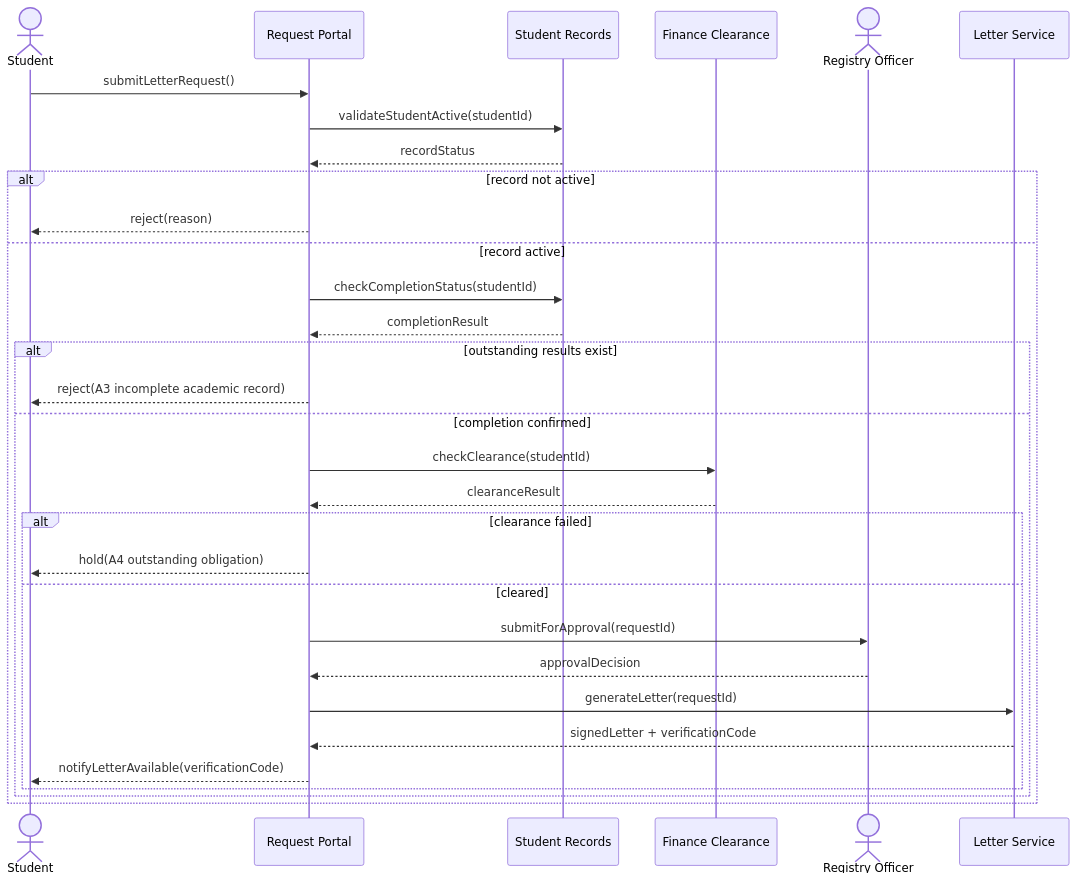
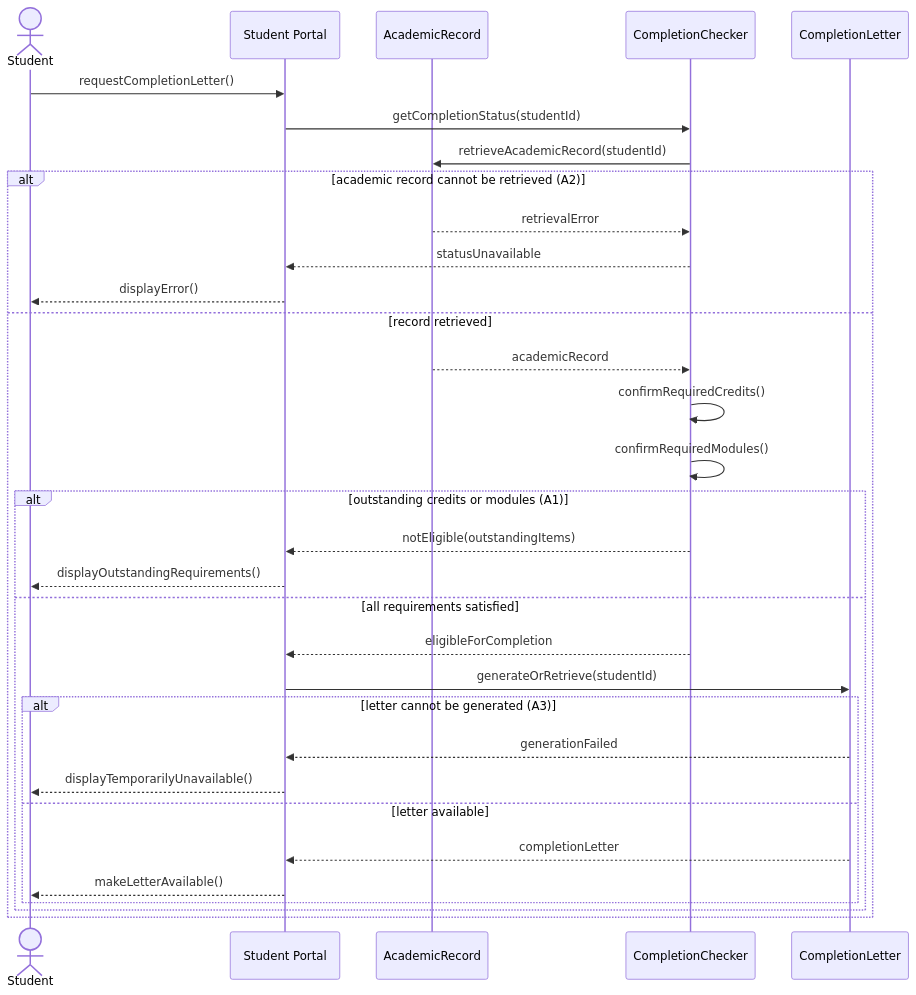
One commit to pako-18/csi473-univeristy-service-hub changed the diagram in models/sequence-core-use-case.mmd. Above: the diagram before and after it, drawn with Mermaid. The commit also changed 1 other file, not shown here.

Commit message:
Retarget sequence diagram to UC 4 Access Completion Letter; remove duplicate root use-cases.md conflicting with docs/use cases/

```diff
--- a/models/sequence-core-use-case.mmd
+++ b/models/sequence-core-use-case.mmd
@@ -1,35 +1,36 @@
 sequenceDiagram
     actor Student
-    participant Portal as Request Portal
-    participant Records as Student Records
-    participant Finance as Finance Clearance
-    actor Registry as Registry Officer
-    participant Letters as Letter Service
+    participant UI as Student Portal
+    participant Record as AcademicRecord
+    participant Checker as CompletionChecker
+    participant Letter as CompletionLetter
 
-    Student->>Portal: submitLetterRequest()
-    Portal->>Records: validateStudentActive(studentId)
-    Records-->>Portal: recordStatus
+    Student->>UI: requestCompletionLetter()
+    UI->>Checker: getCompletionStatus(studentId)
+    Checker->>Record: retrieveAcademicRecord(studentId)
 
-    alt record not active
-        Portal-->>Student: reject(reason)
-    else record active
-        Portal->>Records: checkCompletionStatus(studentId)
-        Records-->>Portal: completionResult
+    alt academic record cannot be retrieved (A2)
+        Record-->>Checker: retrievalError
+        Checker-->>UI: statusUnavailable
+        UI-->>Student: displayError()
+    else record retrieved
+        Record-->>Checker: academicRecord
+        Checker->>Checker: confirmRequiredCredits()
+        Checker->>Checker: confirmRequiredModules()
 
-        alt outstanding results exist
-            Portal-->>Student: reject(A3 incomplete academic record)
-        else completion confirmed
-            Portal->>Finance: checkClearance(studentId)
-            Finance-->>Portal: clearanceResult
+        alt outstanding credits or modules (A1)
+            Checker-->>UI: notEligible(outstandingItems)
+            UI-->>Student: displayOutstandingRequirements()
+        else all requirements satisfied
+            Checker-->>UI: eligibleForCompletion
+            UI->>Letter: generateOrRetrieve(studentId)
 
-            alt clearance failed
-                Portal-->>Student: hold(A4 outstanding obligation)
-            else cleared
-                Portal->>Registry: submitForApproval(requestId)
-                Registry-->>Portal: approvalDecision
-                Portal->>Letters: generateLetter(requestId)
-                Letters-->>Portal: signedLetter + verificationCode
-                Portal-->>Student: notifyLetterAvailable(verificationCode)
+            alt letter cannot be generated (A3)
+                Letter-->>UI: generationFailed
+                UI-->>Student: displayTemporarilyUnavailable()
+            else letter available
+                Letter-->>UI: completionLetter
+                UI-->>Student: makeLetterAvailable()
             end
         end
     end
```
